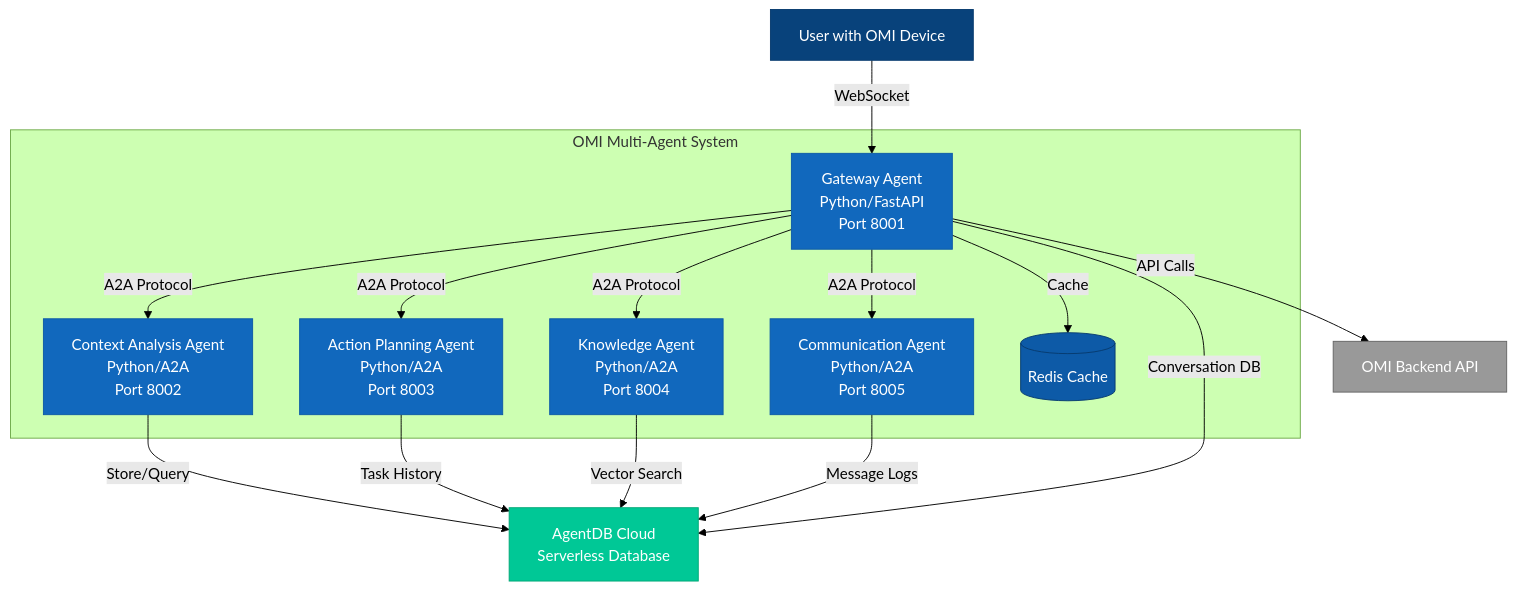
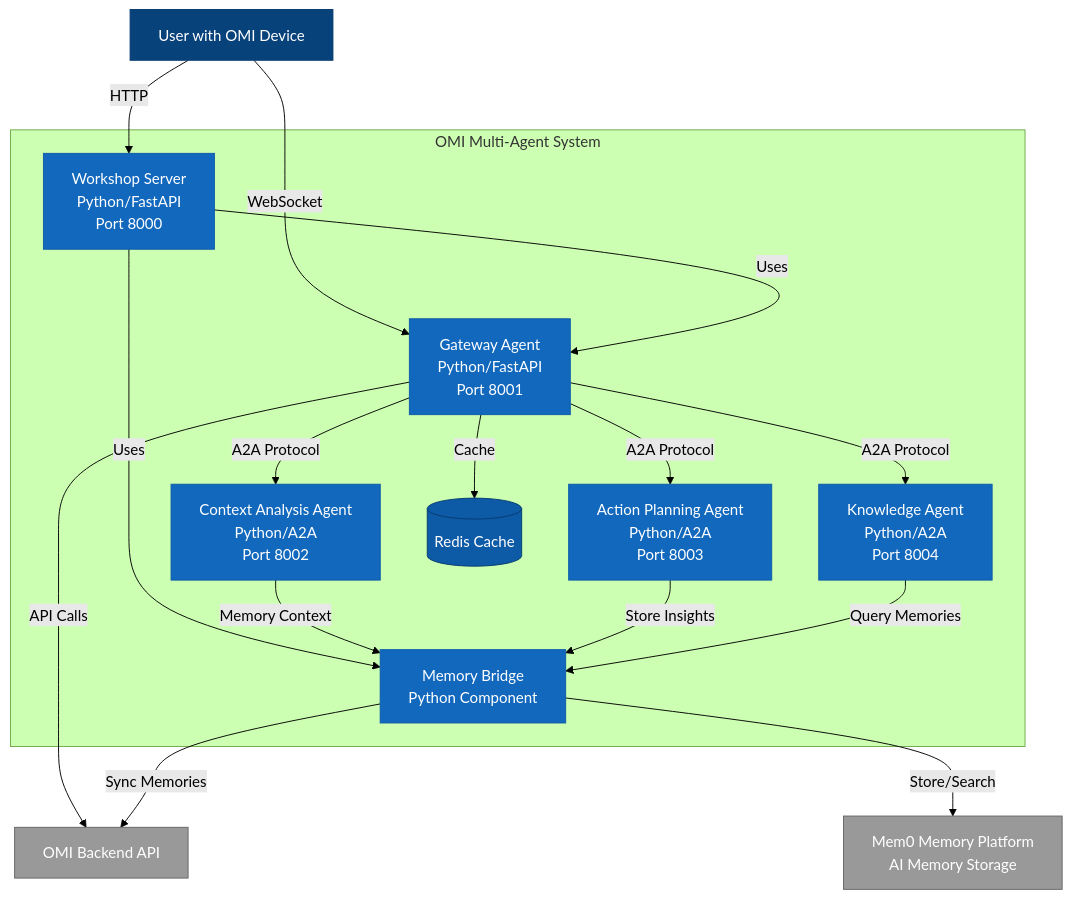
One commit to GDG-PVD/neurohub changed the second of 5 diagrams in docs/architecture/c4-diagrams.md. Above: the diagram before and after it, drawn with Mermaid (forest theme). The commit also changed other lines of this file and 23 other files, not shown here.

First line of the commit message:
feat: Add OMI-Mem0 memory integration for enhanced workshop experience

````diff
--- a/docs/architecture/c4-diagrams.md
+++ b/docs/architecture/c4-diagrams.md
@@ -35,40 +37,43 @@
 ```mermaid
 graph TB
     %% Styling
     classDef person fill:#08427b,stroke:#073b6f,color:#fff
     classDef container fill:#1168bd,stroke:#0d5aa7,color:#fff
     classDef db fill:#0d5aa7,stroke:#073b6f,color:#fff
     classDef external fill:#999,stroke:#666,color:#fff
     classDef agentdb fill:#00c896,stroke:#00a876,color:#fff
     
     %% External
     User[User with OMI Device]:::person
     OMIBackend[OMI Backend API]:::external
-    AgentDB[AgentDB Cloud<br/>Serverless Database]:::agentdb
+    Mem0[Mem0 Memory Platform<br/>AI Memory Storage]:::external
     
     %% Containers
     subgraph System[OMI Multi-Agent System]
         Gateway[Gateway Agent<br/>Python/FastAPI<br/>Port 8001]:::container
         Context[Context Analysis Agent<br/>Python/A2A<br/>Port 8002]:::container
         Action[Action Planning Agent<br/>Python/A2A<br/>Port 8003]:::container
         Knowledge[Knowledge Agent<br/>Python/A2A<br/>Port 8004]:::container
-        Comm[Communication Agent<br/>Python/A2A<br/>Port 8005]:::container
+        Workshop[Workshop Server<br/>Python/FastAPI<br/>Port 8000]:::container
+        MemBridge[Memory Bridge<br/>Python Component]:::container
         Redis[(Redis Cache)]:::db
     end
     
     %% Relationships
     User -->|WebSocket| Gateway
+    User -->|HTTP| Workshop
     Gateway -->|A2A Protocol| Context
     Gateway -->|A2A Protocol| Action
     Gateway -->|A2A Protocol| Knowledge
-    Gateway -->|A2A Protocol| Comm
     Gateway -->|Cache| Redis
     Gateway -->|API Calls| OMIBackend
+    Workshop -->|Uses| Gateway
+    Workshop -->|Uses| MemBridge
     
-    %% AgentDB connections
-    Context -->|Store/Query| AgentDB
-    Action -->|Task History| AgentDB
-    Knowledge -->|Vector Search| AgentDB
-    Comm -->|Message Logs| AgentDB
-    Gateway -->|Conversation DB| AgentDB
+    %% Memory connections
+    MemBridge -->|Sync Memories| OMIBackend
+    MemBridge -->|Store/Search| Mem0
+    Context -->|Memory Context| MemBridge
+    Action -->|Store Insights| MemBridge
+    Knowledge -->|Query Memories| MemBridge
 ```
````
